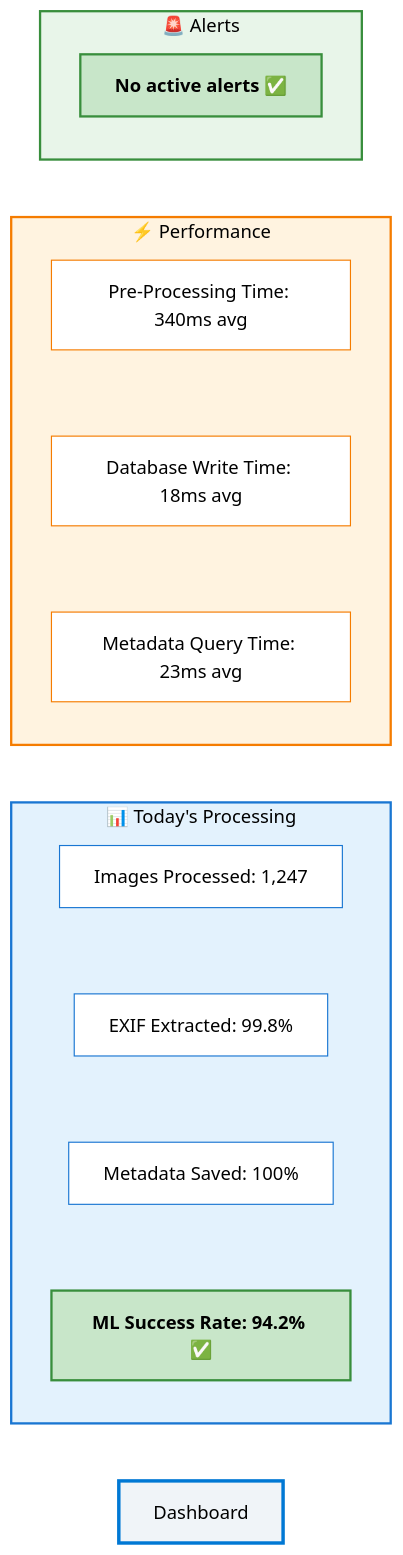
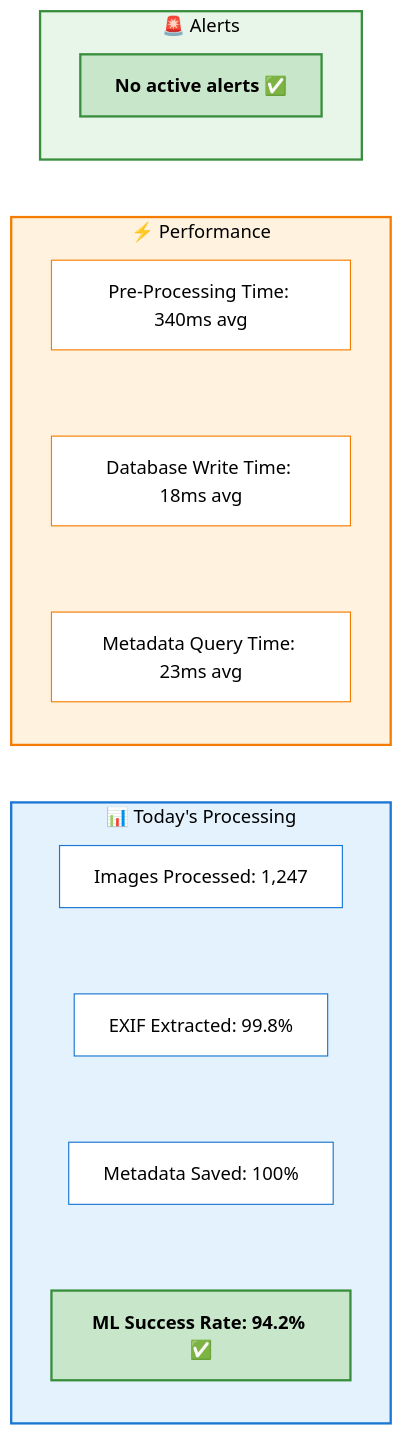
One commit to anandSgunti/cloud changed the fifth of 5 diagrams in 02-The-Bug/02_Solution_Architecture.md. Above: the diagram before and after it, drawn with Mermaid.

````diff
--- a/02-The-Bug/02_Solution_Architecture.md
+++ b/02-The-Bug/02_Solution_Architecture.md
@@ -240,43 +240,41 @@
 ```mermaid
 graph LR
+    subgraph Processing["📊 Today's Processing"]
+        P1["Images Processed: 1,247"]
+        P2["EXIF Extracted: 99.8%"]
+        P3["Metadata Saved: 100%"]
+        P4["ML Success Rate: 94.2% ✅"]
+    end
     
-    subgraph Processing["📊 Today's Processing"]
-            P1["Images Processed: 1,247"]
-            P2["EXIF Extracted: 99.8%"]
-            P3["Metadata Saved: 100%"]
-            P4["ML Success Rate: 94.2% ✅"]
-        end
-        
     subgraph Performance["⚡ Performance"]
-            PERF1["Pre-Processing Time: 340ms avg"]
-            PERF2["Database Write Time: 18ms avg"]
-            PERF3["Metadata Query Time: 23ms avg"]
-        end
-        
+        PERF1["Pre-Processing Time: 340ms avg"]
+        PERF2["Database Write Time: 18ms avg"]
+        PERF3["Metadata Query Time: 23ms avg"]
+    end
+    
     subgraph Alerts["🚨 Alerts"]
-            A1["No active alerts ✅"]
-        end
+        A1["No active alerts ✅"]
+    end
     
     P1 ~~~ P2
     P2 ~~~ P3
     P3 ~~~ P4
     
     PERF1 ~~~ PERF2
     PERF2 ~~~ PERF3
     
-    style Dashboard fill:#f0f4f8,stroke:#0078d4,stroke-width:3px,color:#000
     style Processing fill:#e3f2fd,stroke:#1976d2,stroke-width:2px,color:#000
     style Performance fill:#fff3e0,stroke:#f57c00,stroke-width:2px,color:#000
     style Alerts fill:#e8f5e9,stroke:#388e3c,stroke-width:2px,color:#000
     
     style P1 fill:#fff,stroke:#1976d2,color:#000
     style P2 fill:#fff,stroke:#1976d2,color:#000
     style P3 fill:#fff,stroke:#1976d2,color:#000
     style P4 fill:#c8e6c9,stroke:#388e3c,stroke-width:2px,color:#000,font-weight:bold
     
     style PERF1 fill:#fff,stroke:#f57c00,color:#000
     style PERF2 fill:#fff,stroke:#f57c00,color:#000
     style PERF3 fill:#fff,stroke:#f57c00,color:#000
     
     style A1 fill:#c8e6c9,stroke:#388e3c,stroke-width:2px,color:#000,font-weight:bold
 ```
````
